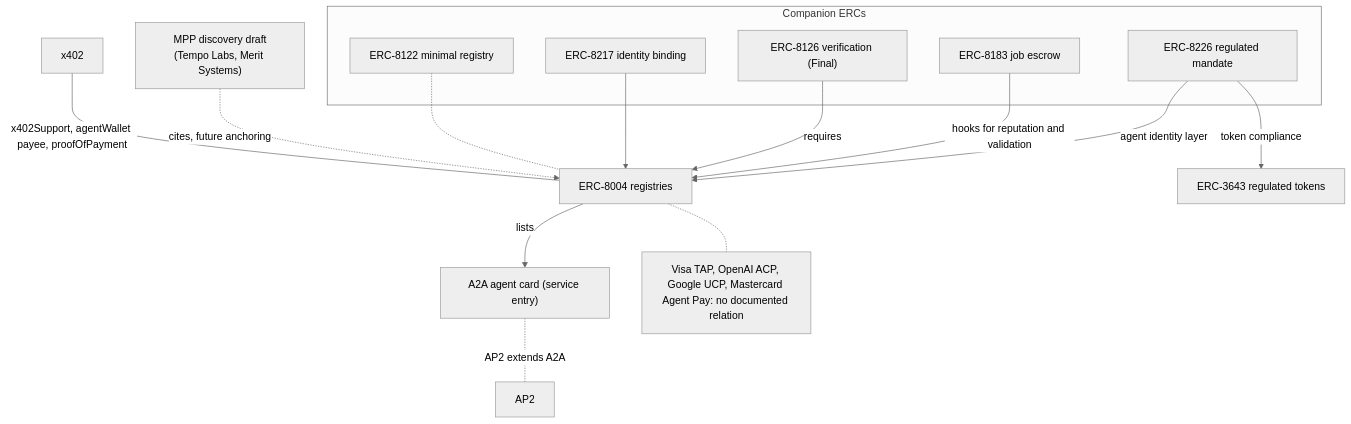
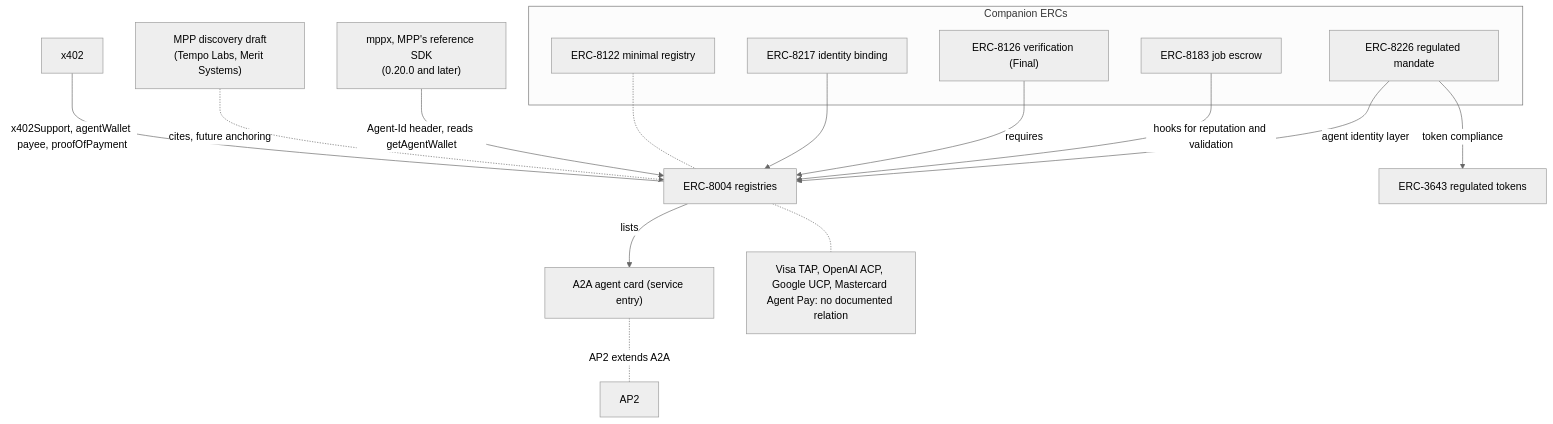
Before and after one commit to mercesAI/agentic-rails-atlas: the diagram in src/content/diagrams/erc-8004-composition.mmd, drawn with Mermaid (neutral theme). The commit also changed 276 other files, not shown here.

```diff
--- a/src/content/diagrams/erc-8004-composition.mmd
+++ b/src/content/diagrams/erc-8004-composition.mmd
@@ -1,26 +1,28 @@
 flowchart TB
   E["ERC-8004 registries"]
   X["x402"]
   M["MPP discovery draft<br/>(Tempo Labs, Merit Systems)"]
+  MX["mppx, MPP's reference SDK<br/>(0.20.0 and later)"]
   A2A["A2A agent card (service entry)"]
   AP2["AP2"]
   NONE["Visa TAP, OpenAI ACP, Google UCP, Mastercard Agent Pay: no documented relation"]
   subgraph C["Companion ERCs"]
     E8122["ERC-8122 minimal registry"]
     E8217["ERC-8217 identity binding"]
     E8126["ERC-8126 verification (Final)"]
     E8183["ERC-8183 job escrow"]
     E8226["ERC-8226 regulated mandate"]
   end
   T["ERC-3643 regulated tokens"]
   X -- "x402Support, agentWallet payee, proofOfPayment" --- E
   M -. "cites, future anchoring" .-> E
+  MX -- "Agent-Id header, reads getAgentWallet" --> E
   E -- "lists" --> A2A
   A2A -. "AP2 extends A2A" .- AP2
   E -.- NONE
   E8122 -.- E
   E8217 --> E
   E8126 -- "requires" --> E
   E8183 -- "hooks for reputation and validation" --> E
   E8226 -- "agent identity layer" --> E
   E8226 -- "token compliance" --> T
```
